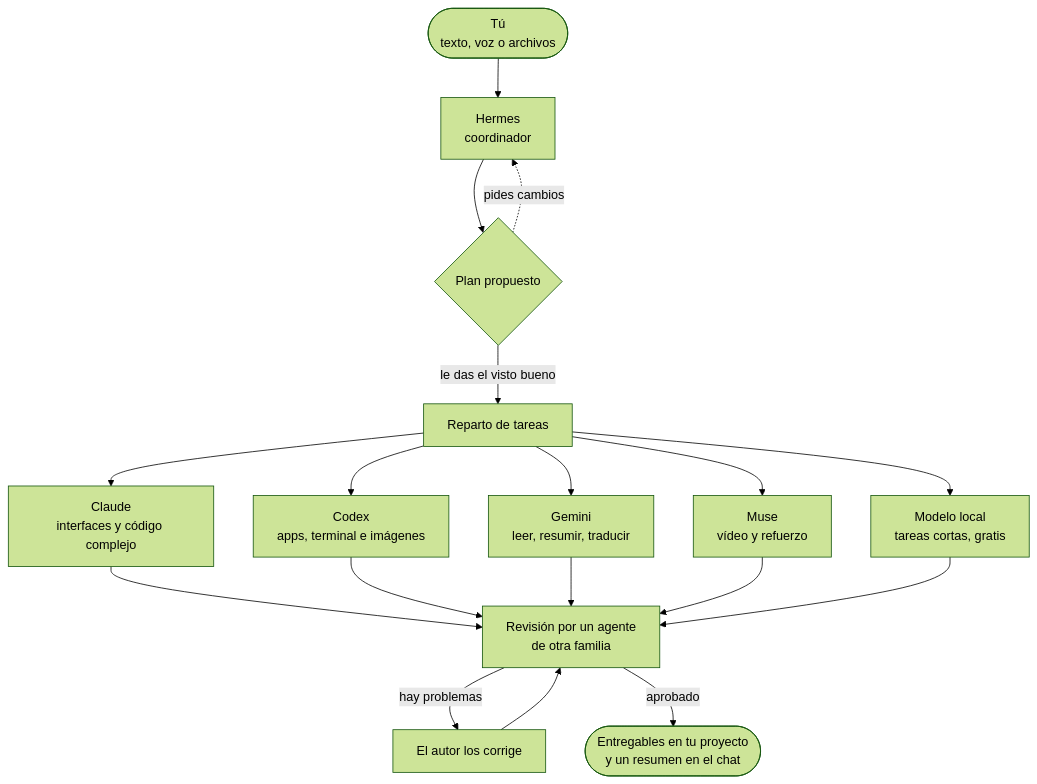
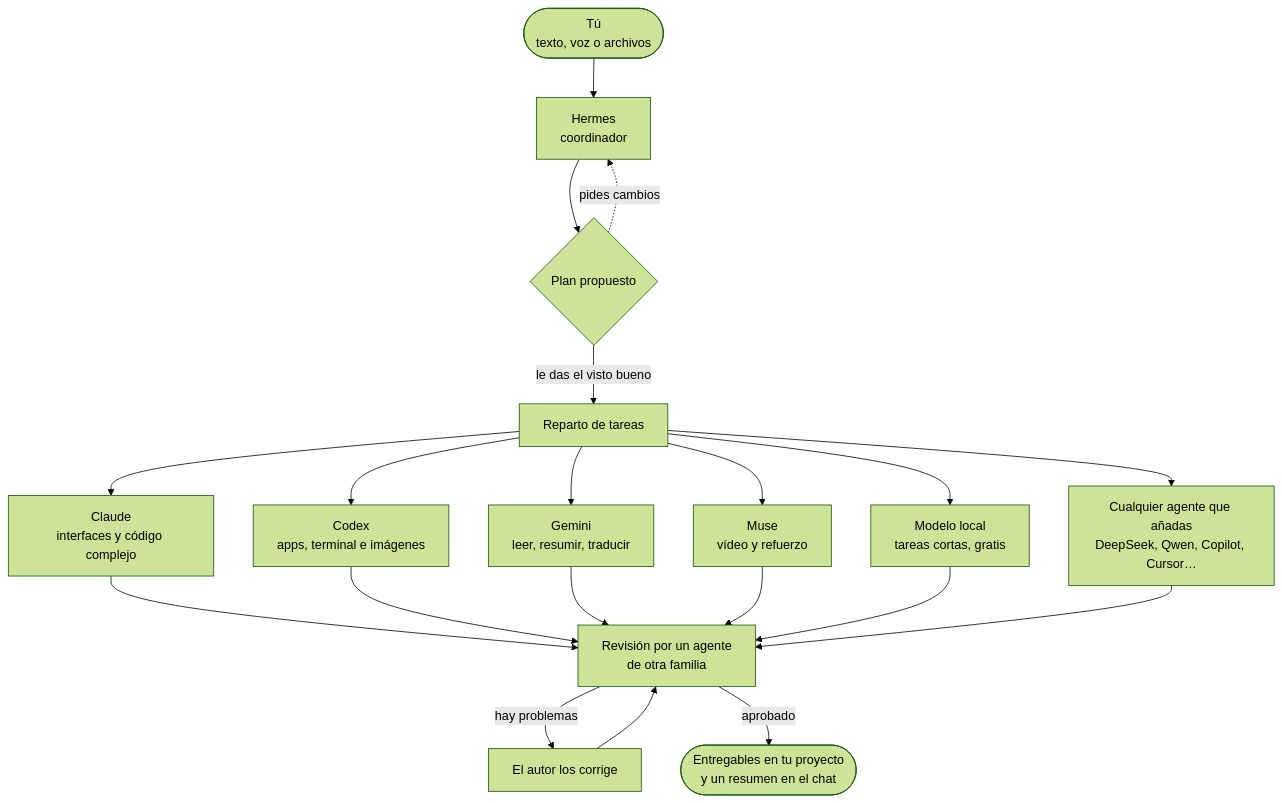
One commit to Yiku21/kywai changed the diagram in README.es.md. Above: the diagram before and after it, drawn with Mermaid (forest theme). The commit also changed other lines of this file and 4 other files, not shown here.

Commit message:
README: AI Cowork funciona con cualquier agente de IA, de cualquier proveedor, y tantos como quieras

````diff
--- a/README.es.md
+++ b/README.es.md
@@ -99,16 +110,17 @@
 ```mermaid
 flowchart TD
     T(["Tú<br/>texto, voz o archivos"]) --> H["Hermes<br/>coordinador"]
     H --> P{"Plan propuesto"}
     P -- "le das el visto bueno" --> R["Reparto de tareas"]
     P -. "pides cambios" .-> H
     R --> C["Claude<br/>interfaces y código complejo"]
     R --> X["Codex<br/>apps, terminal e imágenes"]
     R --> G["Gemini<br/>leer, resumir, traducir"]
     R --> M["Muse<br/>vídeo y refuerzo"]
     R --> L["Modelo local<br/>tareas cortas, gratis"]
-    C & X & G & M & L --> V["Revisión por un agente<br/>de otra familia"]
+    R --> A["Cualquier agente que añadas<br/>DeepSeek, Qwen, Copilot, Cursor…"]
+    C & X & G & M & L & A --> V["Revisión por un agente<br/>de otra familia"]
     V -- "hay problemas" --> F["El autor los corrige"]
     F --> V
     V -- "aprobado" --> E(["Entregables en tu proyecto<br/>y un resumen en el chat"])
 ```
````
